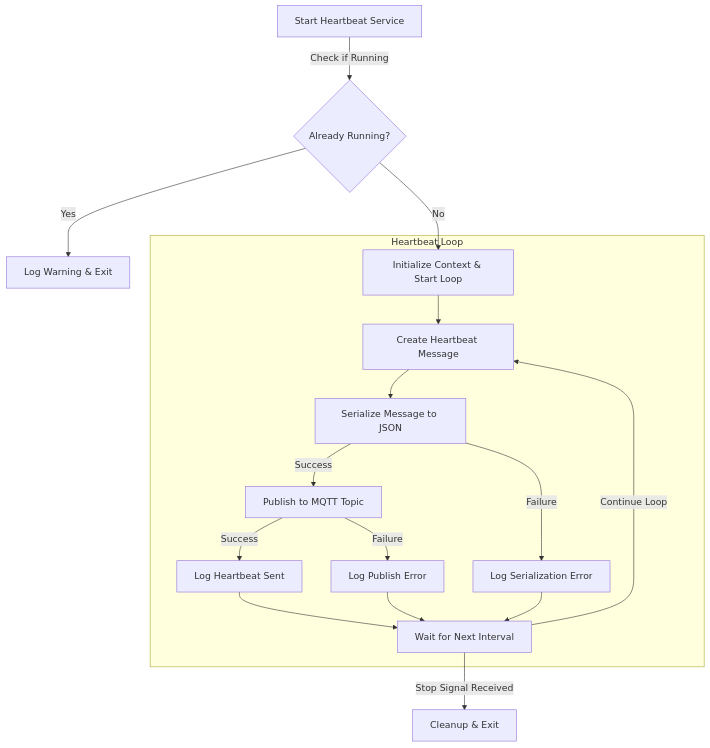
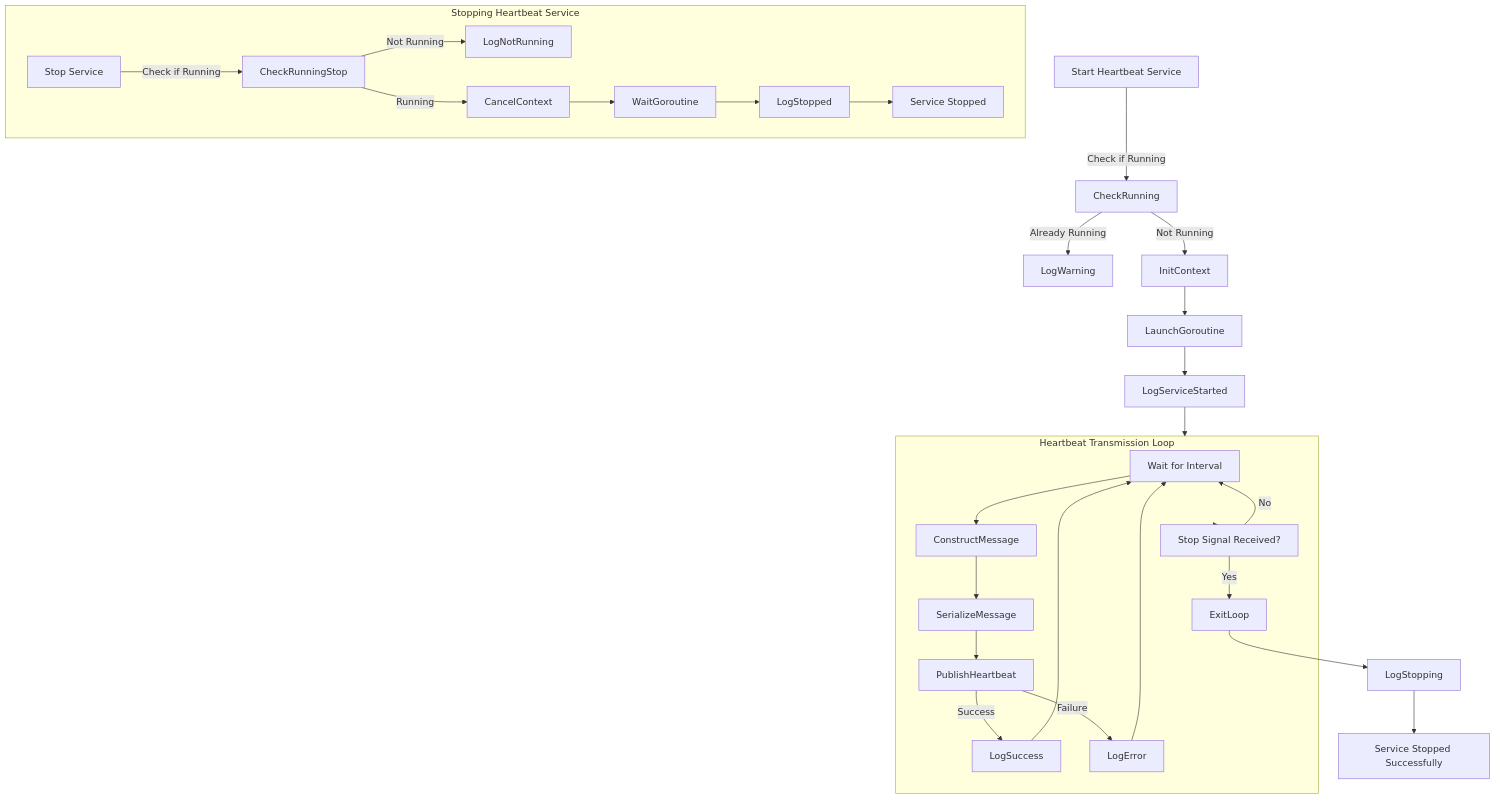
The diagram in docs/images/mermaid_chart_markdown/heartbeat.mmd (BenMeehan/iot-agent), drawn with Mermaid before and after one commit. The commit also changed 49 other files, not shown here.

```diff
--- a/docs/images/mermaid_chart_markdown/heartbeat.mmd
+++ b/docs/images/mermaid_chart_markdown/heartbeat.mmd
@@ -1,23 +1,33 @@
 graph TD;
-    A[Start Heartbeat Service] -->|Check if Running| B{Already Running?};
+    Start[Start Heartbeat Service] -->|Check if Running| CheckRunning
+    CheckRunning -->|Already Running| LogWarning
+    CheckRunning -->|Not Running| InitContext
+    InitContext --> LaunchGoroutine
+    LaunchGoroutine --> LogServiceStarted
+    LogServiceStarted --> HeartbeatLoop
 
-    B -- Yes --> C[Log Warning & Exit];
-    B -- No --> D[Initialize Context & Start Loop];
+    subgraph HeartbeatLoop[Heartbeat Transmission Loop]
+        WaitInterval[Wait for Interval] --> ConstructMessage
+        ConstructMessage --> SerializeMessage
+        SerializeMessage --> PublishHeartbeat
+        PublishHeartbeat -->|Success| LogSuccess
+        PublishHeartbeat -->|Failure| LogError
+        LogSuccess --> WaitInterval
+        LogError --> WaitInterval
 
-    subgraph Heartbeat Loop
-        D --> E[Create Heartbeat Message];
-        E --> F[Serialize Message to JSON];
+        StopRequested[Stop Signal Received?] -->|No| WaitInterval
+        StopRequested -->|Yes| ExitLoop
+    end
 
-        F -- Success --> G[Publish to MQTT Topic];
-        F -- Failure --> H[Log Serialization Error];
+    HeartbeatLoop --> StopRequested
+    ExitLoop --> LogStopping
+    LogStopping --> End[Service Stopped Successfully]
 
-        G -- Success --> I[Log Heartbeat Sent];
-        G -- Failure --> J[Log Publish Error];
-
-        I --> K[Wait for Next Interval];
-        H --> K;
-        J --> K;
-
-        K -->|Continue Loop| E;
+    subgraph StopService[Stopping Heartbeat Service]
+        Stop[Stop Service] -->|Check if Running| CheckRunningStop
+        CheckRunningStop -->|Not Running| LogNotRunning
+        CheckRunningStop -->|Running| CancelContext
+        CancelContext --> WaitGoroutine
+        WaitGoroutine --> LogStopped
+        LogStopped --> EndStopped[Service Stopped]
     end
-    K -->|Stop Signal Received| L[Cleanup & Exit];
```
